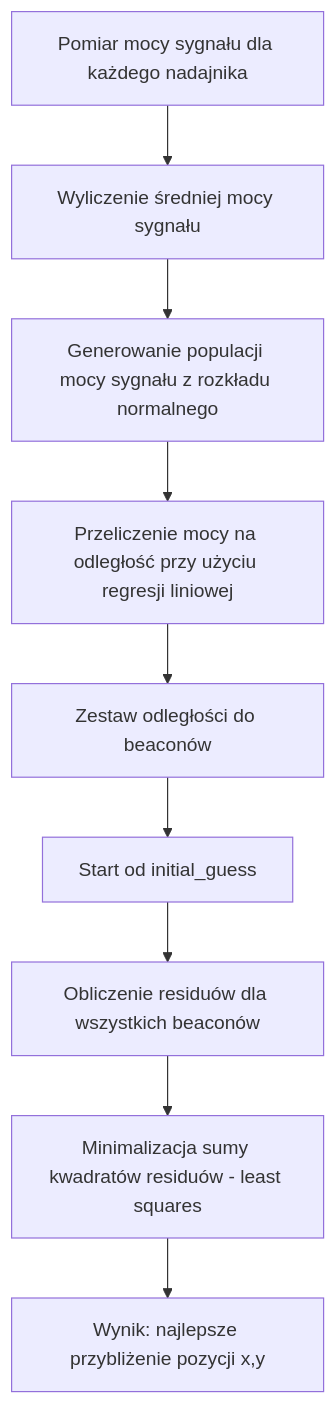
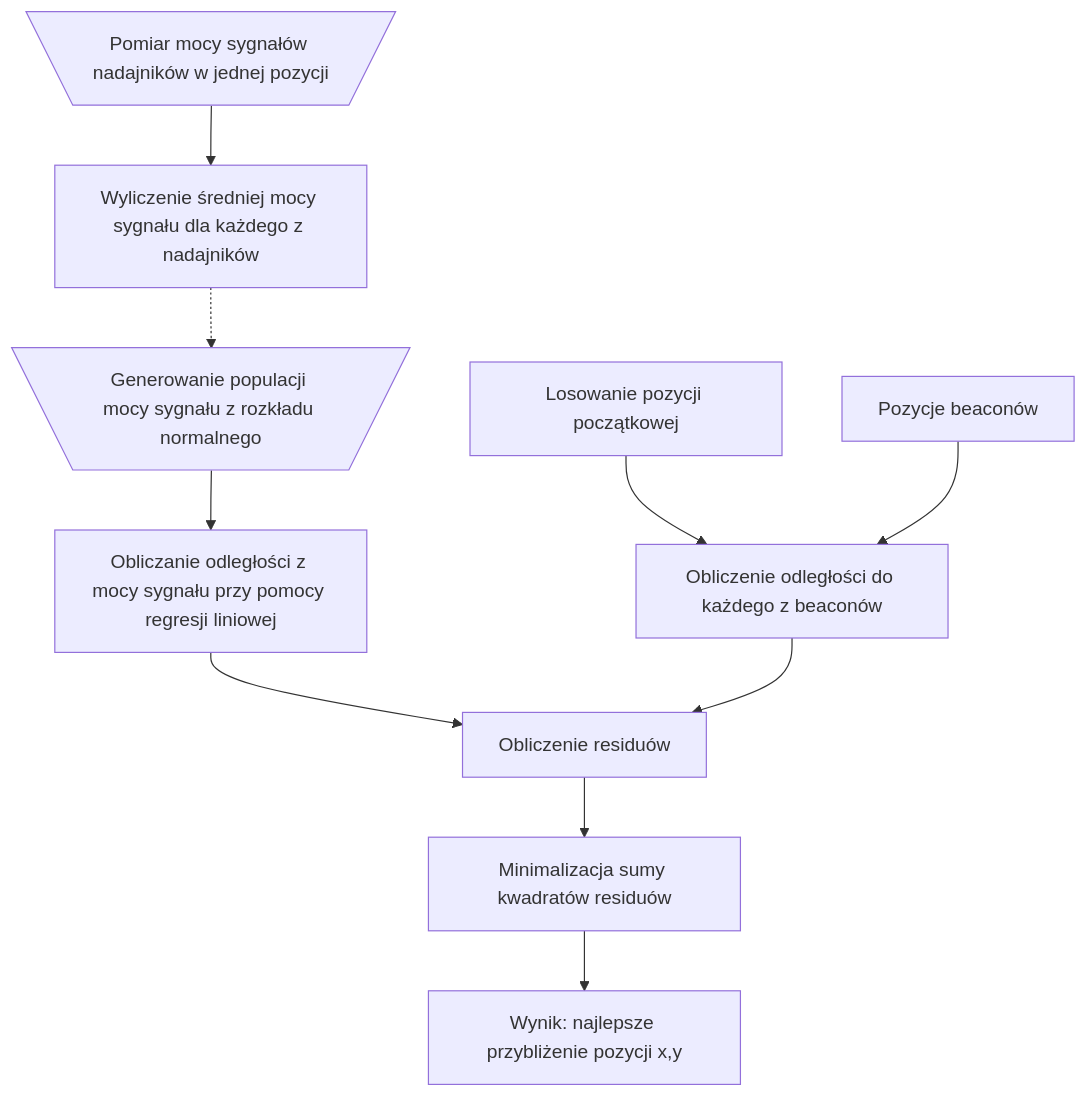
The diagram in README.md (Korius668/BLE_Indoor_localization), drawn with Mermaid before and after one commit. The commit also changed other lines of this file and 39 other files, not shown here.

````diff
--- a/README.md
+++ b/README.md
@@ -103,16 +110,14 @@
 ```mermaid
 flowchart TD
 
-    %% --- Przygotowanie danych ---
-    A[Pomiar mocy sygnału dla każdego nadajnika] --> B[Wyliczenie średniej mocy sygnału]
-    B --> C[Generowanie populacji mocy sygnału z rozkładu normalnego]
-    C --> D[Przeliczenie mocy na odległość przy użyciu regresji liniowej]
-    D --> E[Zestaw odległości do beaconów]
-
-    %% --- Least Squares ---
-    E --> F[Start od initial_guess]
-    F --> G[Obliczenie residuów dla wszystkich beaconów]
-    G --> H[Minimalizacja sumy kwadratów residuów - least squares]
-    H --> I[Wynik: najlepsze przybliżenie pozycji x,y]
-
+    A[\Pomiar mocy sygnałów nadajników w jednej pozycji/] --> B[Wyliczenie średniej mocy sygnału dla każdego z nadajników]
+    B -.-> C[\Generowanie populacji mocy sygnału z rozkładu normalnego/]
+    
+    F[Losowanie pozycji początkowej] --> G
+    C --> H[Obliczanie odległości z mocy sygnału przy pomocy regresji liniowej]
+    E[Pozycje beaconów]--> G[Obliczenie odległości do każdego z beaconów]
+    H--> J[Obliczenie residuów]
+    G-->J
+    J -->K[Minimalizacja sumy kwadratów residuów]
+    K --> M[Wynik: najlepsze przybliżenie pozycji x,y]
 ```
````
